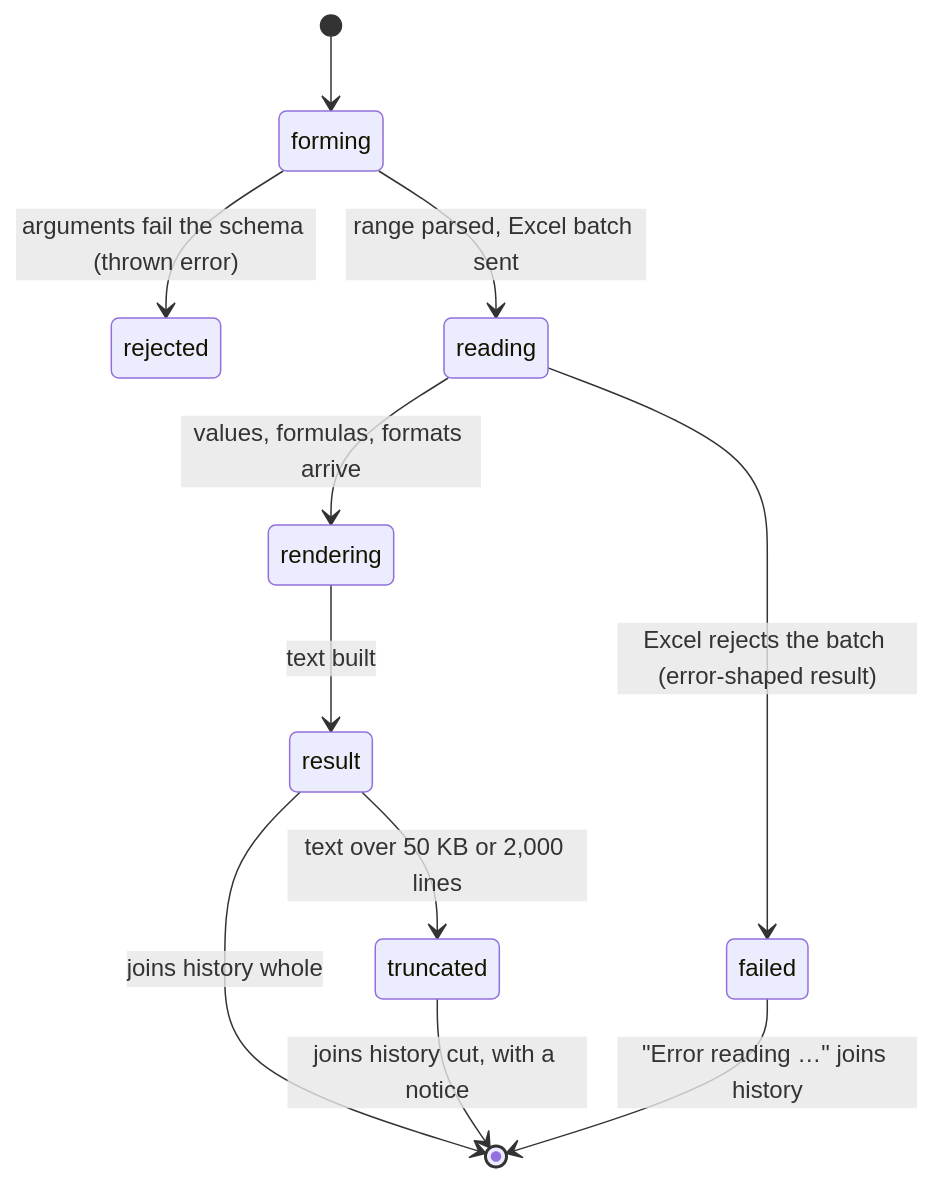
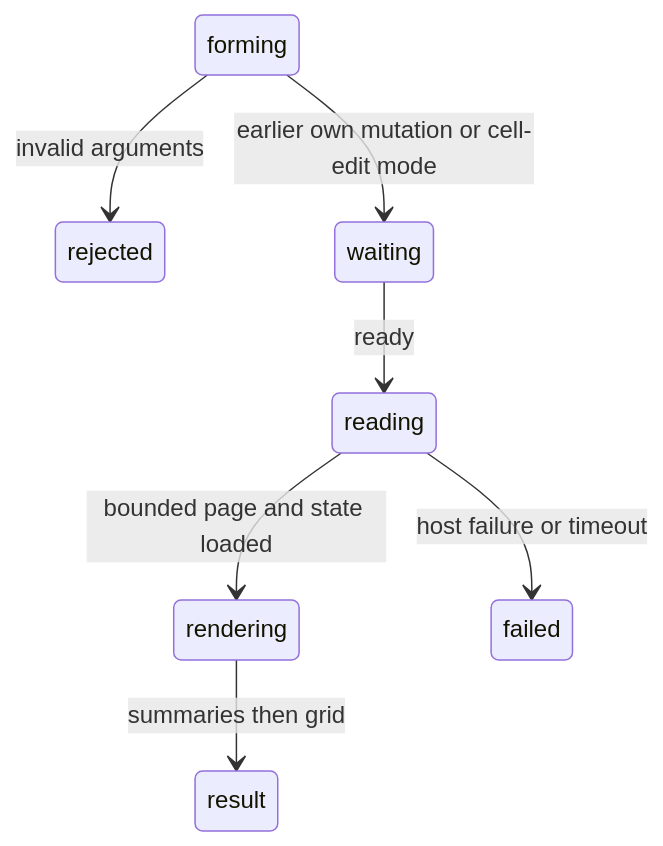
The diagram in agent-description/tools/reading-a-range.md (tmustier/pi-for-excel), drawn with Mermaid before and after one commit. The commit also changed other lines of this file and 1 other file, not shown here.

First line of the commit message:
docs: revise range reads and checked writes to merged behaviour

````diff
--- a/agent-description/tools/reading-a-range.md
+++ b/agent-description/tools/reading-a-range.md
@@ -30,13 +13,9 @@
 ```mermaid
 stateDiagram-v2
-    [*] --> forming
-    forming --> rejected : arguments fail the schema (thrown error)
-    forming --> reading : range parsed, Excel batch sent
-    reading --> failed : Excel rejects the batch (error-shaped result)
-    reading --> rendering : values, formulas, formats arrive
-    rendering --> result : text built
-    result --> truncated : text over 50 KB or 2,000 lines
-    result --> [*] : joins history whole
-    truncated --> [*] : joins history cut, with a notice
-    failed --> [*] : "Error reading …" joins history
+    forming --> rejected : invalid arguments
+    forming --> waiting : earlier own mutation or cell-edit mode
+    waiting --> reading : ready
+    reading --> rendering : bounded page and state loaded
+    rendering --> result : summaries then grid
+    reading --> failed : host failure or timeout
 ```
````
